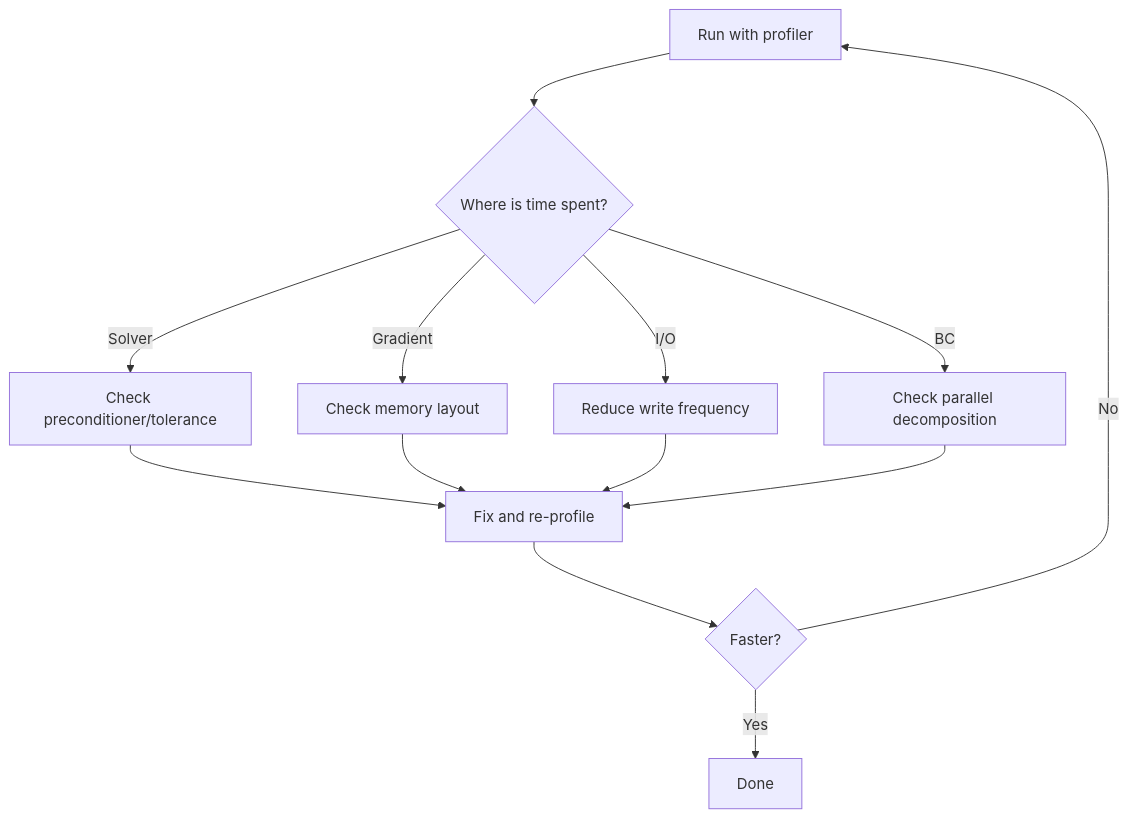
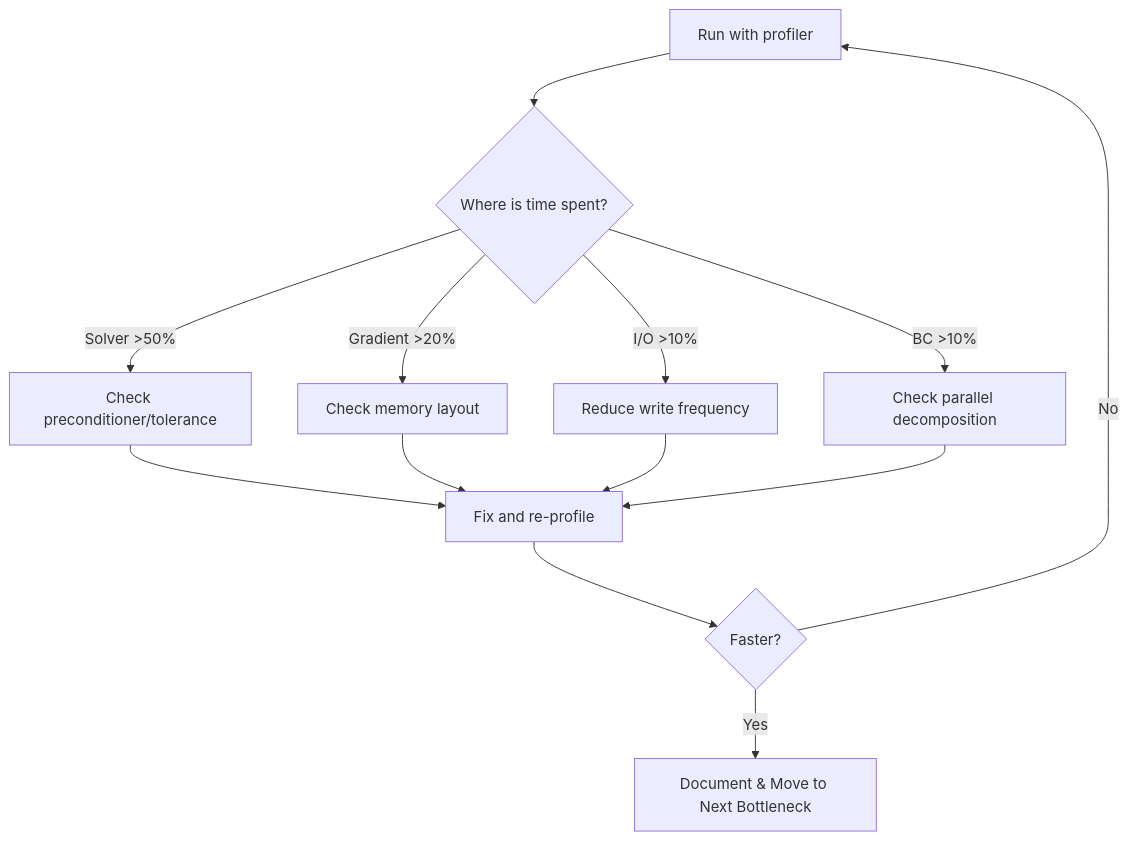
One commit to wramet/build-my-cfd changed the second of 2 diagrams in MODULE_10_CFD_ENGINE_DEVELOPMENT/CONTENT/03_PERFORMANCE_ENGINEERING/01_Profiling_Tools.md. Above: the diagram before and after it, drawn with Mermaid. The commit also changed other lines of this file and 203 other files, not shown here.

````diff
--- a/MODULE_10_CFD_ENGINE_DEVELOPMENT/CONTENT/03_PERFORMANCE_ENGINEERING/01_Profiling_Tools.md
+++ b/MODULE_10_CFD_ENGINE_DEVELOPMENT/CONTENT/03_PERFORMANCE_ENGINEERING/01_Profiling_Tools.md
@@ -248,15 +423,15 @@
 ```mermaid
 flowchart TD
     A[Run with profiler] --> B{Where is time spent?}
-    B -->|Solver| C[Check preconditioner/tolerance]
-    B -->|Gradient| D[Check memory layout]
-    B -->|I/O| E[Reduce write frequency]
-    B -->|BC| F[Check parallel decomposition]
+    B -->|Solver >50%| C[Check preconditioner/tolerance]
+    B -->|Gradient >20%| D[Check memory layout]
+    B -->|I/O >10%| E[Reduce write frequency]
+    B -->|BC >10%| F[Check parallel decomposition]
     C --> G[Fix and re-profile]
     D --> G
     E --> G
     F --> G
     G --> H{Faster?}
-    H -->|Yes| I[Done]
+    H -->|Yes| I[Document & Move to Next Bottleneck]
     H -->|No| A
 ```
````
